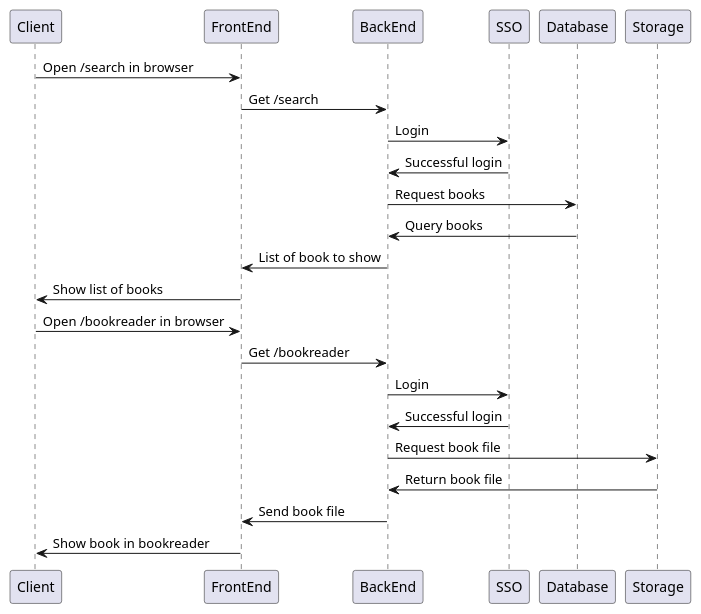
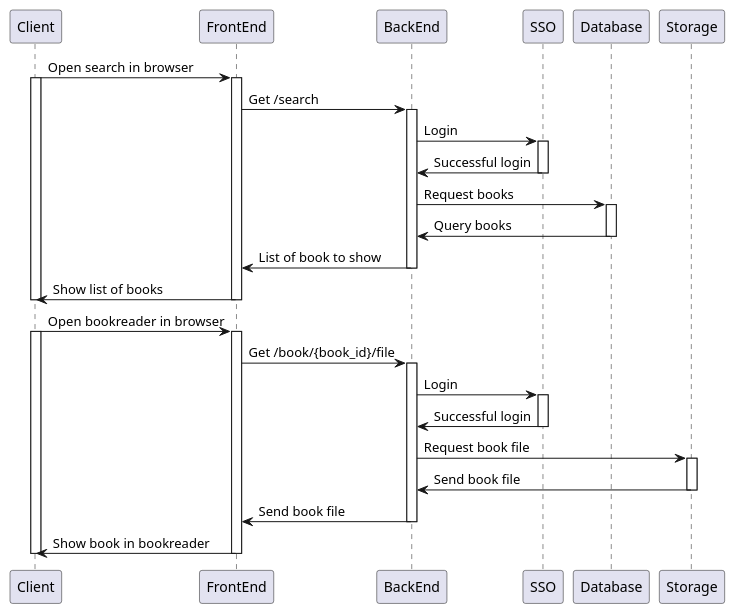
The diagram in diagrams/dynamic.puml (deemp/elibrary), drawn with PlantUML before and after one commit. The commit also changed 2 other files, not shown here.

Commit message:
[puml] Update dynamic view on architecture

```diff
--- a/diagrams/dynamic.puml
+++ b/diagrams/dynamic.puml
@@ -1,27 +1,47 @@
 @startuml dynamic
 
 participant Client
 participant FrontEnd
 participant BackEnd
 participant SSO
 participant Database
 
-Client -> FrontEnd : Open /search in browser
+Client -> FrontEnd : Open search in browser
+activate Client
+activate FrontEnd
 FrontEnd -> BackEnd : Get /search
+activate BackEnd
 BackEnd -> SSO : Login
+activate SSO
 SSO -> BackEnd : Successful login
+deactivate SSO
 BackEnd -> Database : Request books
+activate Database
 Database -> BackEnd : Query books
+deactivate Database
 BackEnd -> FrontEnd : List of book to show
+deactivate BackEnd
 FrontEnd -> Client : Show list of books
+deactivate FrontEnd
+deactivate Client
 
-Client -> FrontEnd : Open /bookreader in browser
-FrontEnd -> BackEnd : Get /bookreader
+Client -> FrontEnd : Open bookreader in browser
+activate Client
+activate FrontEnd
+FrontEnd -> BackEnd : Get /book/{book_id}/file
+activate BackEnd
 BackEnd -> SSO : Login
+activate SSO
 SSO -> BackEnd : Successful login
+deactivate SSO
 BackEnd -> Storage : Request book file
-Storage -> BackEnd : Return book file
+activate Storage
+Storage -> BackEnd : Send book file
+deactivate Storage
 BackEnd -> FrontEnd : Send book file
+deactivate BackEnd
 FrontEnd -> Client : Show book in bookreader
+deactivate FrontEnd
+deactivate Client
 
 @enduml
```
